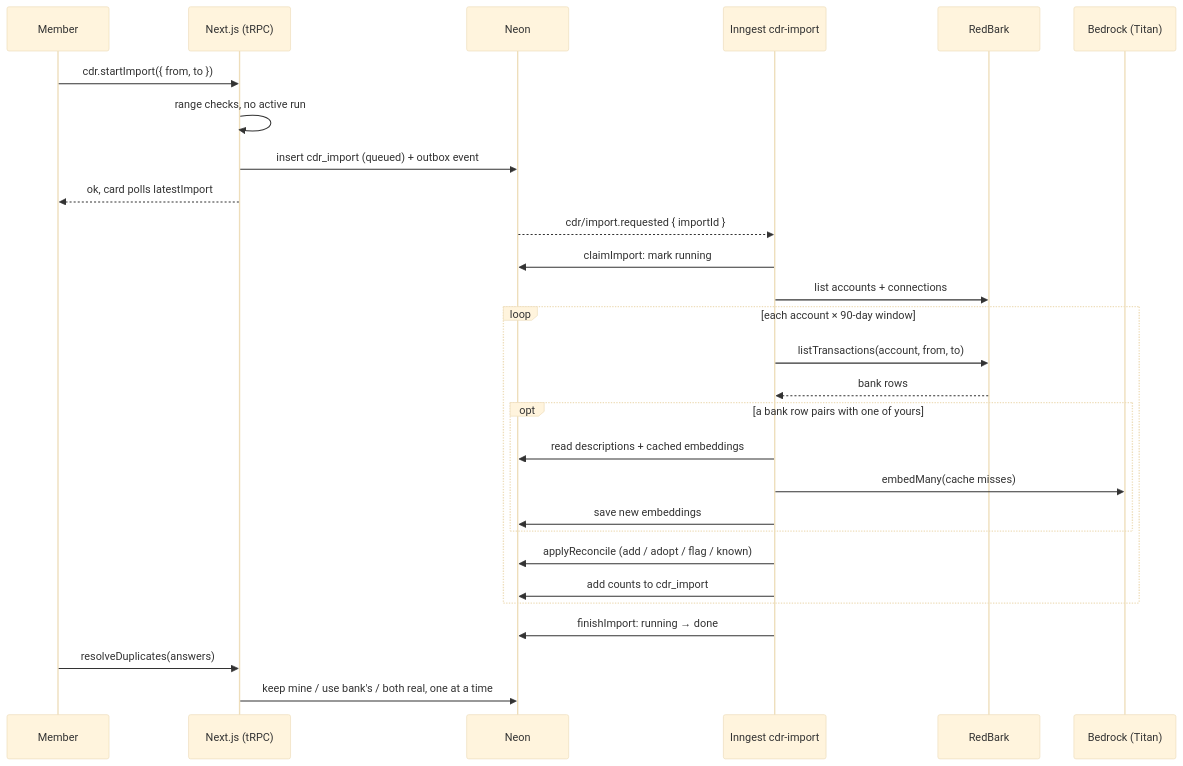
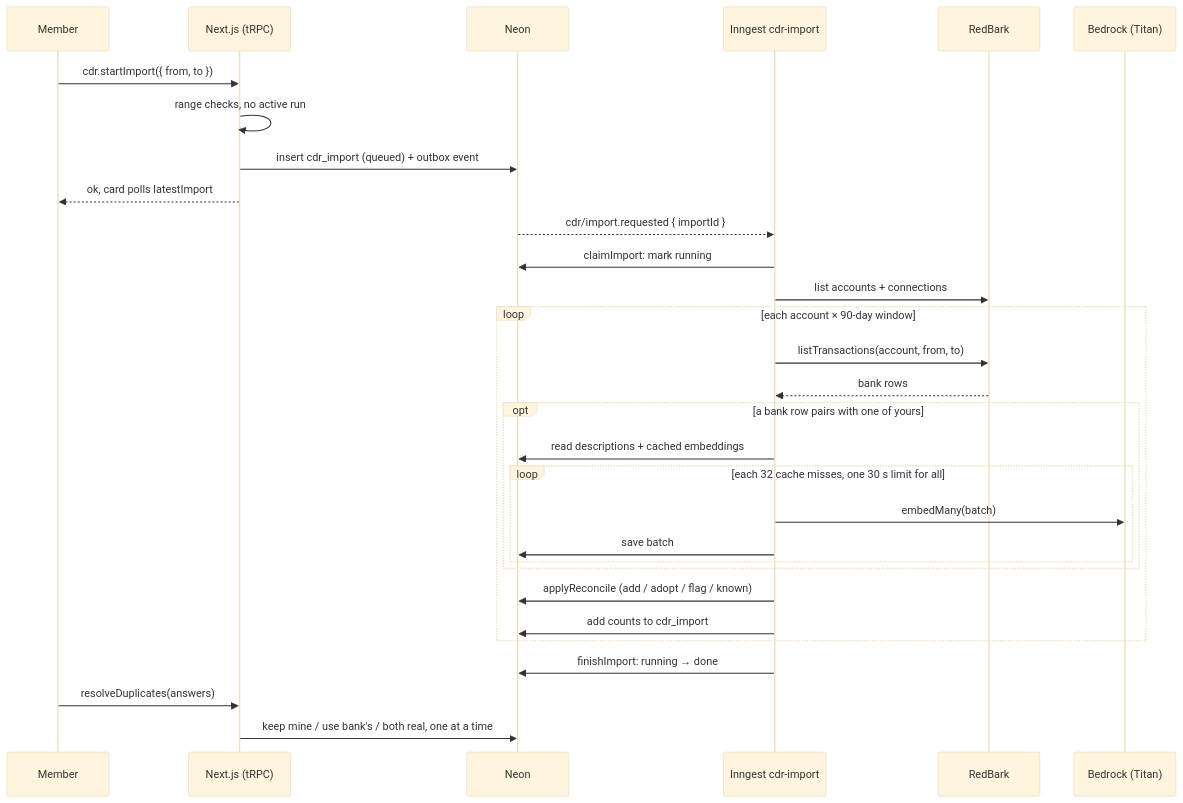
One commit to samjmarshall/personal-finance changed the first of 2 diagrams in docs/feature/history-import.md. Above: the diagram before and after it, drawn with Mermaid (base theme). The commit also changed 3 other files, not shown here.

First line of the commit message:
refactor(transactions): extract embedBatch, document embedding batches

````diff
--- a/docs/feature/history-import.md
+++ b/docs/feature/history-import.md
@@ -93,31 +93,33 @@
 ```mermaid
 sequenceDiagram
     participant M as Member
     participant App as Next.js (tRPC)
     participant DB as Neon
     participant Job as Inngest cdr-import
     participant RB as RedBark
     participant Bedrock as Bedrock (Titan)
 
     M->>App: cdr.startImport({ from, to })
     App->>App: range checks, no active run
     App->>DB: insert cdr_import (queued) + outbox event
     App-->>M: ok, card polls latestImport
     DB-->>Job: cdr/import.requested { importId }
     Job->>DB: claimImport: mark running
     Job->>RB: list accounts + connections
     loop each account × 90-day window
         Job->>RB: listTransactions(account, from, to)
         RB-->>Job: bank rows
         opt a bank row pairs with one of yours
             Job->>DB: read descriptions + cached embeddings
-            Job->>Bedrock: embedMany(cache misses)
-            Job->>DB: save new embeddings
+            loop each 32 cache misses, one 30 s limit for all
+                Job->>Bedrock: embedMany(batch)
+                Job->>DB: save batch
+            end
         end
         Job->>DB: applyReconcile (add / adopt / flag / known)
         Job->>DB: add counts to cdr_import
     end
     Job->>DB: finishImport: running → done
     M->>App: resolveDuplicates(answers)
     App->>DB: keep mine / use bank's / both real, one at a time
 ```
````
